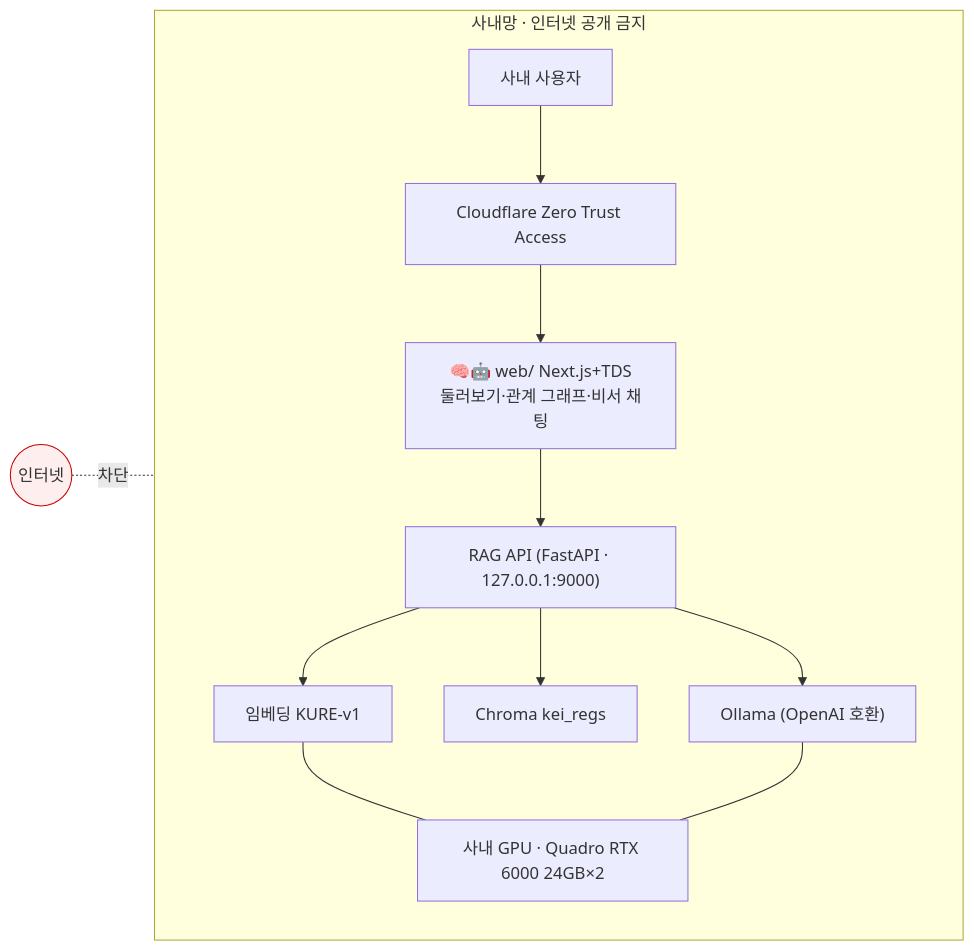
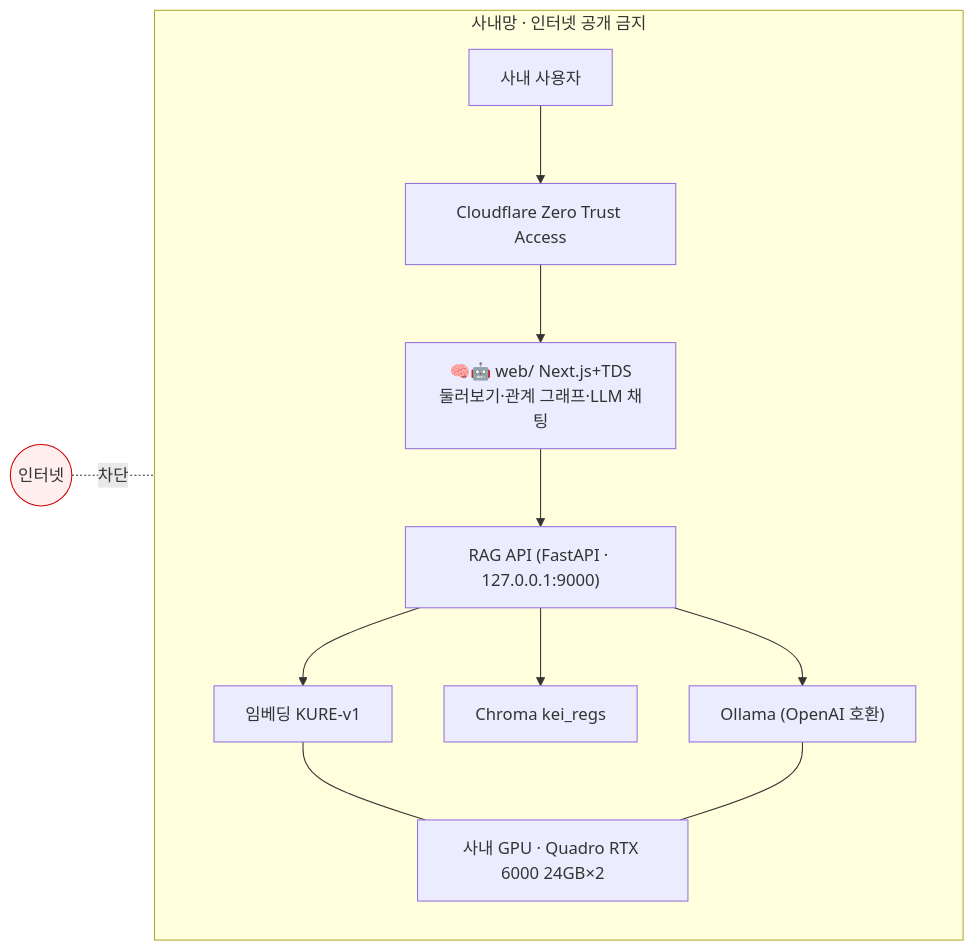
One commit to mooner92/KEIAdminSuperv changed the third of 3 diagrams in docs/01-overview.md. Above: the diagram before and after it, drawn with Mermaid. The commit also changed other lines of this file and 50 other files, not shown here.

````diff
--- a/docs/01-overview.md
+++ b/docs/01-overview.md
@@ -127,16 +127,16 @@
 ```mermaid
 flowchart LR
     subgraph net["사내망 · 인터넷 공개 금지"]
         direction TB
         U["사내 사용자"] --> ZT["Cloudflare Zero Trust Access"]
-        ZT --> Web["🧠🤖 web/ Next.js+TDS<br/>둘러보기·관계 그래프·비서 채팅"]
+        ZT --> Web["🧠🤖 web/ Next.js+TDS<br/>둘러보기·관계 그래프·LLM 채팅"]
         Web --> RAG["RAG API (FastAPI · 127.0.0.1:9000)"]
         RAG --> EMB["임베딩 KURE-v1"]
         RAG --> DB["Chroma kei_regs"]
         RAG --> LLM["Ollama (OpenAI 호환)"]
         EMB --- GPU["사내 GPU · Quadro RTX 6000 24GB×2"]
         LLM --- GPU
     end
     X(("인터넷")):::ext -. 차단 .- net
     classDef ext fill:#fee,stroke:#c00;
 ```
````
